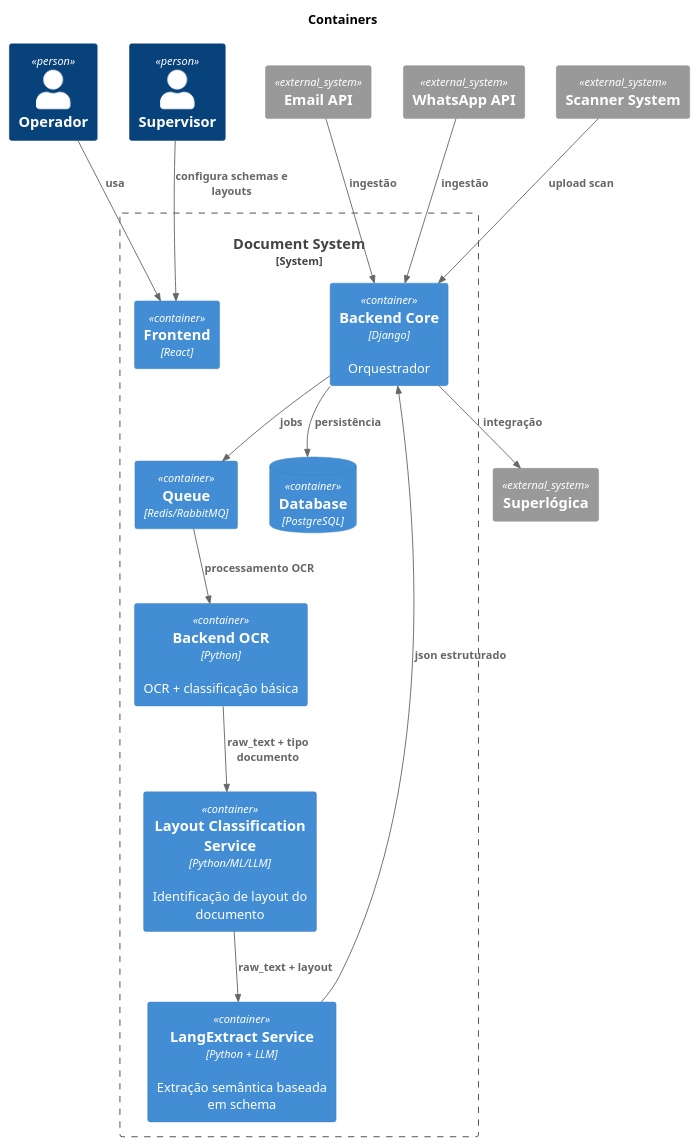
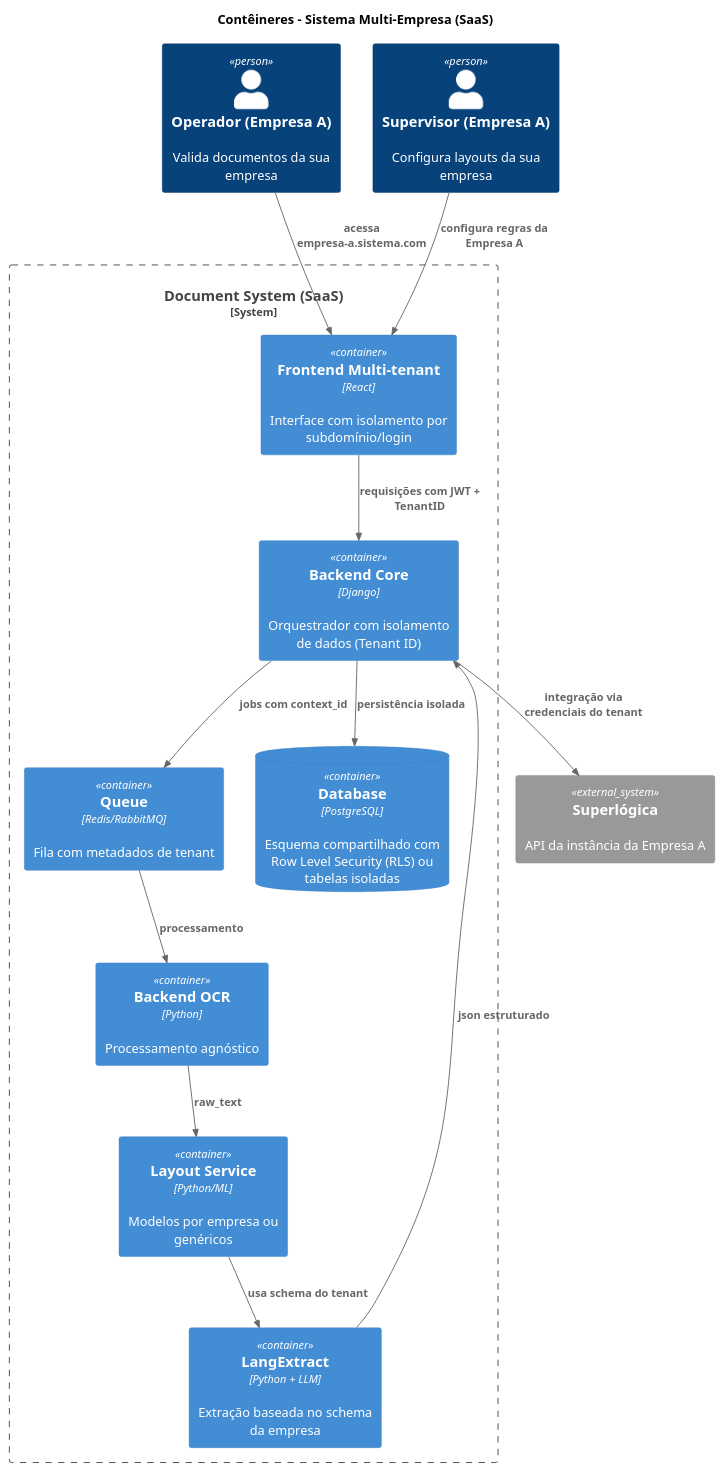
One commit to InnoVoxAI/docuparser changed the diagram in docs/specs/containers.puml. Above: the diagram before and after it, drawn with PlantUML. The commit also changed 5 other files, not shown here.

Commit message:
included multi tenant in specs

```diff
--- a/docs/specs/containers.puml
+++ b/docs/specs/containers.puml
@@ -1,42 +1,33 @@
 @startuml
 !includeurl https://raw.githubusercontent.com/plantuml-stdlib/C4-PlantUML/master/C4_Container.puml
 
-title Containers
+title Contêineres - Sistema Multi-Empresa (SaaS)
 
-Person(operator, "Operador")
-Person(supervisor, "Supervisor")
+Person(operator, "Operador (Empresa A)", "Valida documentos da sua empresa")
+Person(supervisor, "Supervisor (Empresa A)", "Configura layouts da sua empresa")
 
-System_Boundary(system, "Document System") {
-
-    Container(frontend, "Frontend", "React")
-    Container(core, "Backend Core", "Django", "Orquestrador")
-    Container(ocr, "Backend OCR", "Python", "OCR + classificação básica")
-    Container(layout, "Layout Classification Service", "Python/ML/LLM", "Identificação de layout do documento")
-    Container(langextract, "LangExtract Service", "Python + LLM", "Extração semântica baseada em schema")
-    Container(queue, "Queue", "Redis/RabbitMQ")
-    ContainerDb(db, "Database", "PostgreSQL")
+System_Boundary(system, "Document System (SaaS)") {
+    Container(frontend, "Frontend Multi-tenant", "React", "Interface com isolamento por subdomínio/login")
+    Container(core, "Backend Core", "Django", "Orquestrador com isolamento de dados (Tenant ID)")
+    Container(ocr, "Backend OCR", "Python", "Processamento agnóstico")
+    Container(layout, "Layout Service", "Python/ML", "Modelos por empresa ou genéricos")
+    Container(langextract, "LangExtract", "Python + LLM", "Extração baseada no schema da empresa")
+    Container(queue, "Queue", "Redis/RabbitMQ", "Fila com metadados de tenant")
+    ContainerDb(db, "Database", "PostgreSQL", "Esquema compartilhado com Row Level Security (RLS) ou tabelas isoladas")
 }
 
-System_Ext(email, "Email API")
-System_Ext(whatsapp, "WhatsApp API")
-System_Ext(scanner, "Scanner System")
-System_Ext(superlogica, "Superlógica")
+System_Ext(superlogica, "Superlógica", "API da instância da Empresa A")
 
-Rel(operator, frontend, "usa")
-Rel(supervisor, frontend, "configura schemas e layouts")
+Rel(operator, frontend, "acessa empresa-a.sistema.com")
+Rel(supervisor, frontend, "configura regras da Empresa A")
+Rel(frontend, core, "requisições com JWT + TenantID")
 
-Rel(email, core, "ingestão")
-Rel(whatsapp, core, "ingestão")
-Rel(scanner, core, "upload scan")
-
-Rel(core, queue, "jobs")
-
-Rel(queue, ocr, "processamento OCR")
-Rel(ocr, layout, "raw_text + tipo documento")
-Rel(layout, langextract, "raw_text + layout")
+Rel(core, queue, "jobs com context_id")
+Rel(queue, ocr, "processamento")
+Rel(ocr, layout, "raw_text")
+Rel(layout, langextract, "usa schema do tenant")
 Rel(langextract, core, "json estruturado")
 
-Rel(core, db, "persistência")
-Rel(core, superlogica, "integração")
-
+Rel(core, db, "persistência isolada")
+Rel(core, superlogica, "integração via credenciais do tenant")
 @enduml
```
